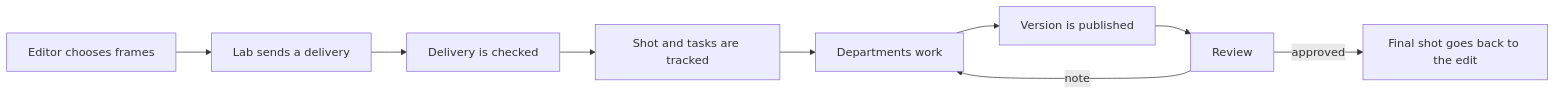
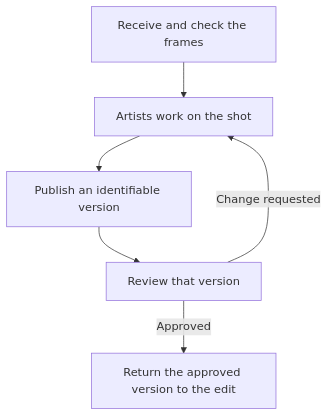
One commit to m74-academy/community changed the diagram in guides/industry/vfx-pipeline.md. Above: the diagram before and after it, drawn with Mermaid. The commit also changed other lines of this file and 3 other files, not shown here.

````diff
--- a/guides/industry/vfx-pipeline.md
+++ b/guides/industry/vfx-pipeline.md
@@ -21,11 +47,8 @@
 ```mermaid
-flowchart LR
-    edit["Editor chooses frames"] --> lab["Lab sends a delivery"]
-    lab --> check["Delivery is checked"]
-    check --> tasks["Shot and tasks are tracked"]
-    tasks --> work["Departments work"]
-    work --> publish["Version is published"]
-    publish --> review["Review"]
-    review -- "note" --> work
-    review -- "approved" --> final["Final shot goes back to the edit"]
+flowchart TD
+    delivery["Receive and check the frames"] --> work["Artists work on the shot"]
+    work --> publish["Publish an identifiable version"]
+    publish --> review["Review that version"]
+    review -- "Change requested" --> work
+    review -- "Approved" --> final["Return the approved version to the edit"]
 ```
````
